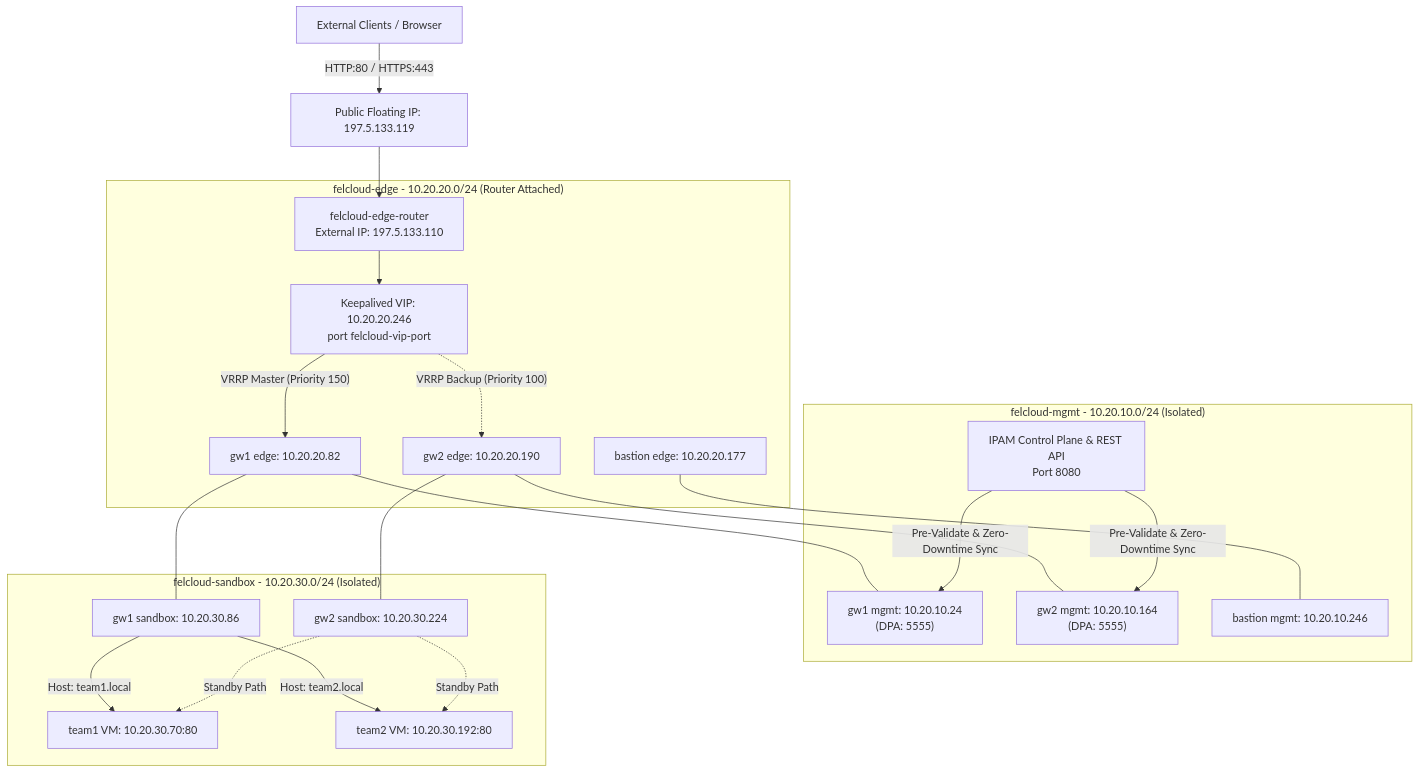
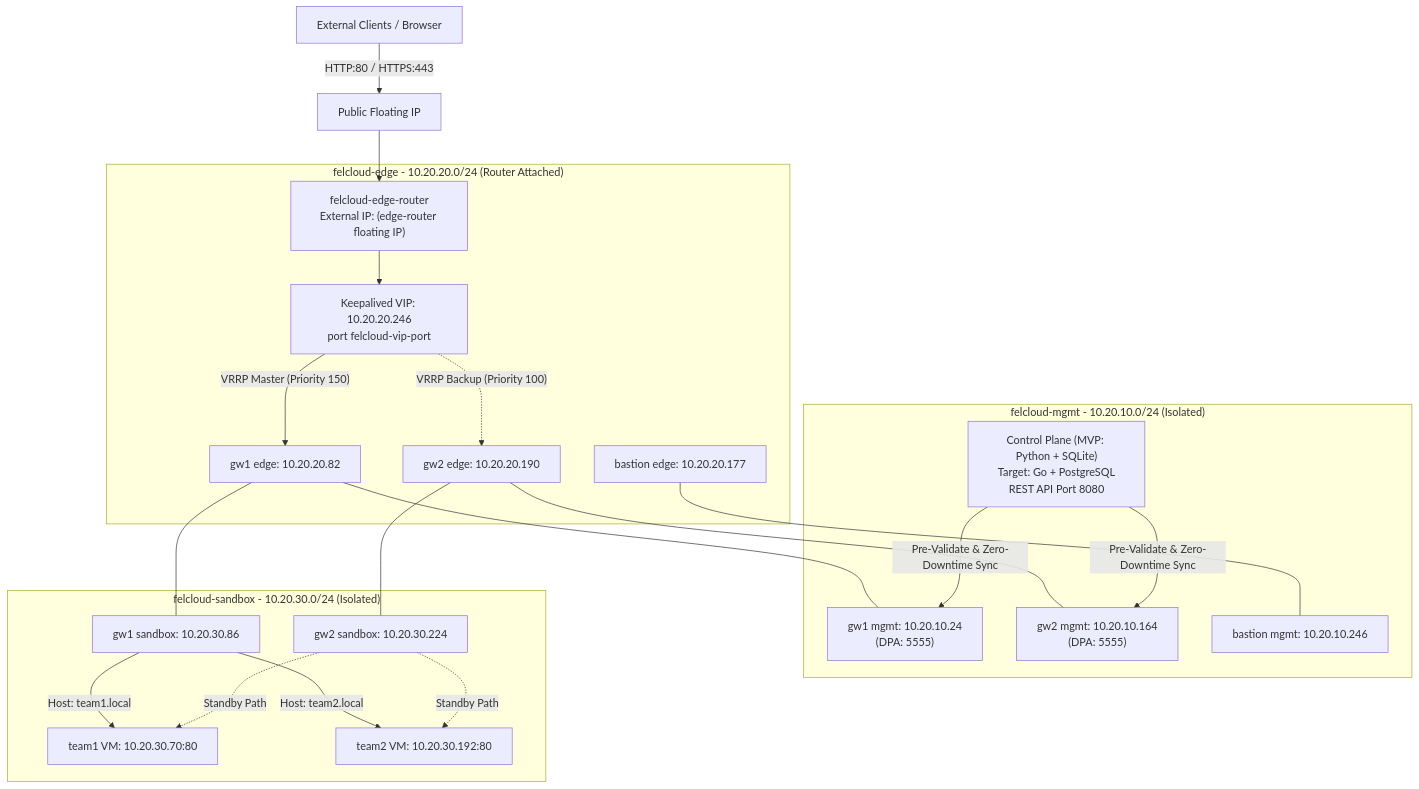
The first of 3 diagrams in README.md (ben-slimene-nour-el-houda/felcloud), drawn with Mermaid before and after one commit. The commit also changed other lines of this file and 9 other files, not shown here.

````diff
--- a/README.md
+++ b/README.md
@@ -75,44 +79,44 @@
 ```mermaid
 flowchart TB
     Client["External Clients / Browser"]
-    PUB["Public Floating IP: 197.5.133.119"]
+    PUB["Public Floating IP\n"]
     Client -->|HTTP:80 / HTTPS:443| PUB
 
     subgraph EDGE["felcloud-edge - 10.20.20.0/24 (Router Attached)"]
-        RTR["felcloud-edge-router<br/>External IP: 197.5.133.110"]
+        RTR["felcloud-edge-router<br/>External IP: (edge-router floating IP)"]
         VIP["Keepalived VIP: 10.20.20.246<br/>port felcloud-vip-port"]
         GW1E["gw1 edge: 10.20.20.82"]
         GW2E["gw2 edge: 10.20.20.190"]
         BASE["bastion edge: 10.20.20.177"]
     end
 
     subgraph MGMT["felcloud-mgmt - 10.20.10.0/24 (Isolated)"]
         GW1M["gw1 mgmt: 10.20.10.24<br/>(DPA: 5555)"]
         GW2M["gw2 mgmt: 10.20.10.164<br/>(DPA: 5555)"]
         BASM["bastion mgmt: 10.20.10.246"]
-        IPAM["IPAM Control Plane & REST API<br/>Port 8080"]
+        IPAM["Control Plane (MVP: Python + SQLite)<br/>Target: Go + PostgreSQL<br/>REST API Port 8080"]
     end
 
     subgraph SBX["felcloud-sandbox - 10.20.30.0/24 (Isolated)"]
         GW1S["gw1 sandbox: 10.20.30.86"]
         GW2S["gw2 sandbox: 10.20.30.224"]
         T1["team1 VM: 10.20.30.70:80"]
         T2["team2 VM: 10.20.30.192:80"]
     end
 
     PUB --> RTR
     RTR --> VIP
     VIP -->|"VRRP Master (Priority 150)"| GW1E
     VIP -.->|"VRRP Backup (Priority 100)"| GW2E
     GW1E --- GW1M
     GW1E --- GW1S
     GW2E --- GW2M
     GW2E --- GW2S
     GW1S -->|"Host: team1.local"| T1
     GW1S -->|"Host: team2.local"| T2
     GW2S -.->|"Standby Path"| T1
     GW2S -.->|"Standby Path"| T2
     BASE --- BASM
     IPAM -->|"Pre-Validate & Zero-Downtime Sync"| GW1M
     IPAM -->|"Pre-Validate & Zero-Downtime Sync"| GW2M
 ```
````
